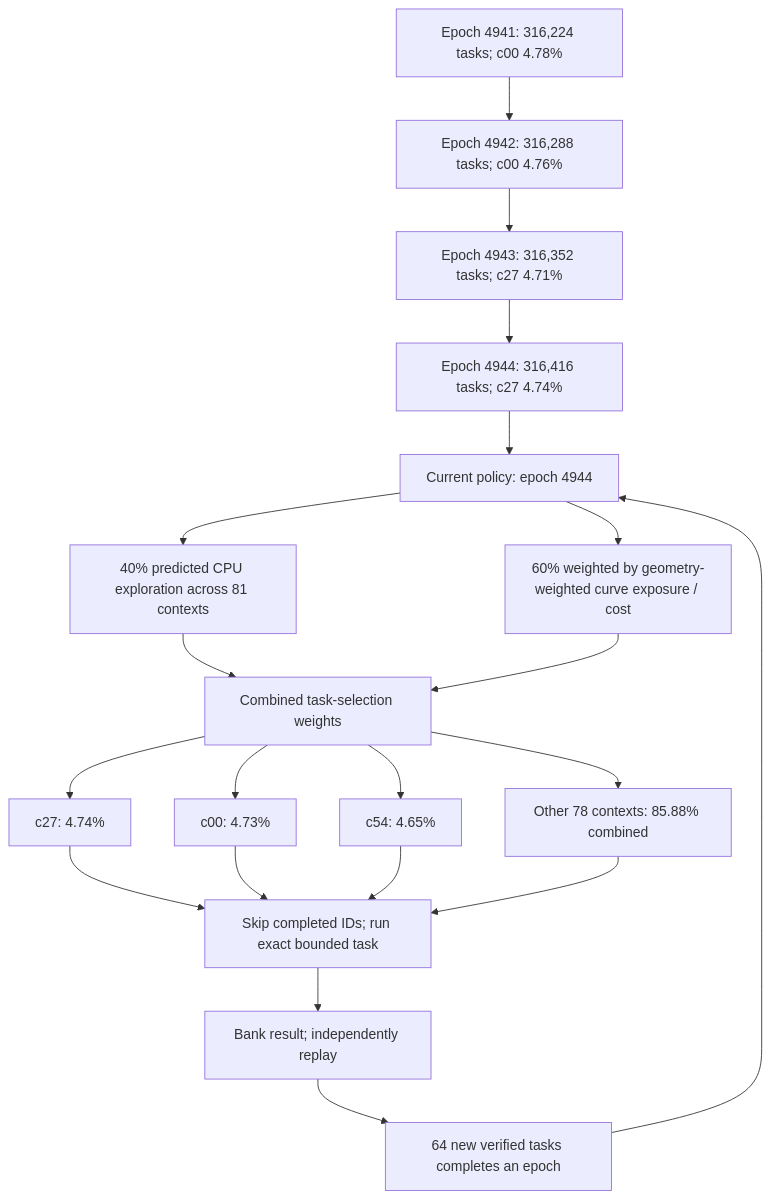
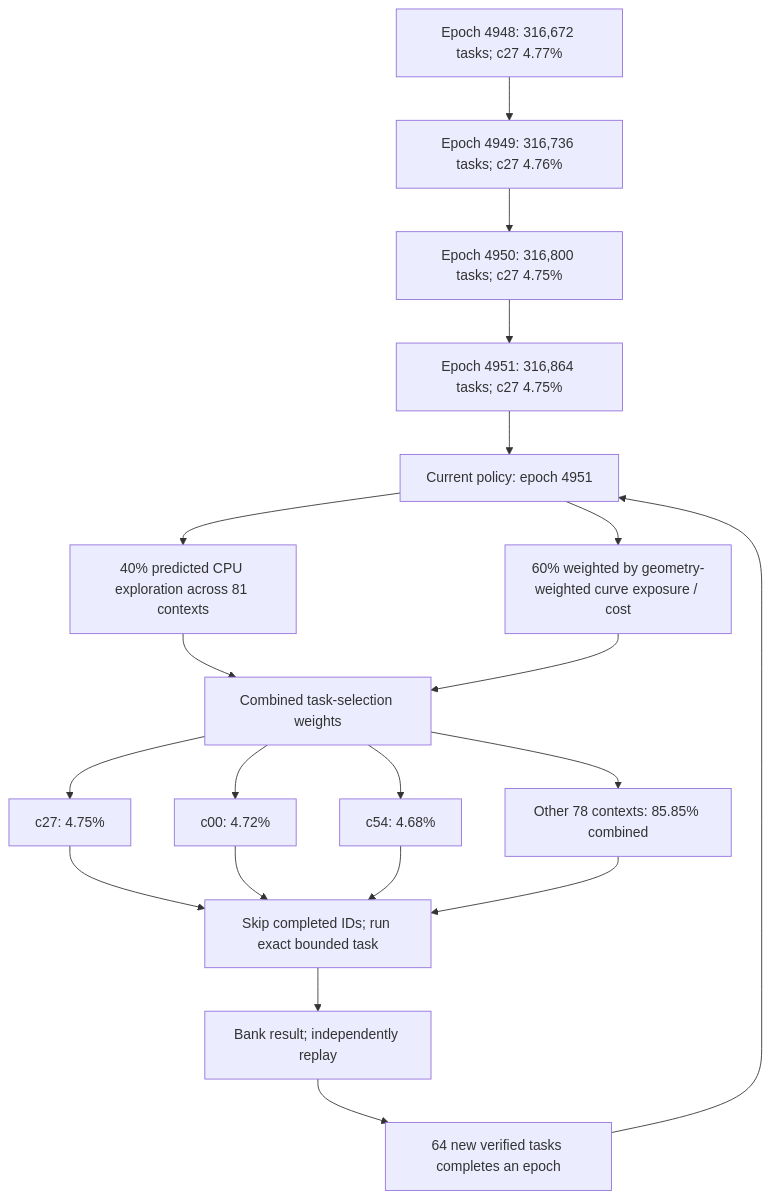
Before and after one commit to Kuberwastaken/math-gambling: the first of 3 diagrams in README.md, drawn with Mermaid. The commit also changed other lines of this file and 1248 other files, not shown here.

````diff
--- a/README.md
+++ b/README.md
@@ -60,27 +60,27 @@
 ```mermaid
 flowchart TD
-    H0["Epoch 4941: 316,224 tasks; c00 4.78%"]
-    H1["Epoch 4942: 316,288 tasks; c00 4.76%"]
+    H0["Epoch 4948: 316,672 tasks; c27 4.77%"]
+    H1["Epoch 4949: 316,736 tasks; c27 4.76%"]
     H0 --> H1
-    H2["Epoch 4943: 316,352 tasks; c27 4.71%"]
+    H2["Epoch 4950: 316,800 tasks; c27 4.75%"]
     H1 --> H2
-    H3["Epoch 4944: 316,416 tasks; c27 4.74%"]
+    H3["Epoch 4951: 316,864 tasks; c27 4.75%"]
     H2 --> H3
-    Policy["Current policy: epoch 4944"]
+    Policy["Current policy: epoch 4951"]
     H3 --> Policy
     Policy --> Explore["40% predicted CPU exploration across 81 contexts"]
     Policy --> Cost["60% weighted by geometry-weighted curve exposure / cost"]
     Explore --> Mix["Combined task-selection weights"]
     Cost --> Mix
-    Mix --> C0["c27: 4.74%"]
-    Mix --> C1["c00: 4.73%"]
-    Mix --> C2["c54: 4.65%"]
-    Mix --> Rest["Other 78 contexts: 85.88% combined"]
+    Mix --> C0["c27: 4.75%"]
+    Mix --> C1["c00: 4.72%"]
+    Mix --> C2["c54: 4.68%"]
+    Mix --> Rest["Other 78 contexts: 85.85% combined"]
     C0 --> Check["Skip completed IDs; run exact bounded task"]
     C1 --> Check
     C2 --> Check
     Rest --> Check
     Check --> Replay["Bank result; independently replay"]
     Replay --> Gate["64 new verified tasks completes an epoch"]
     Gate --> Policy
 ```
````
